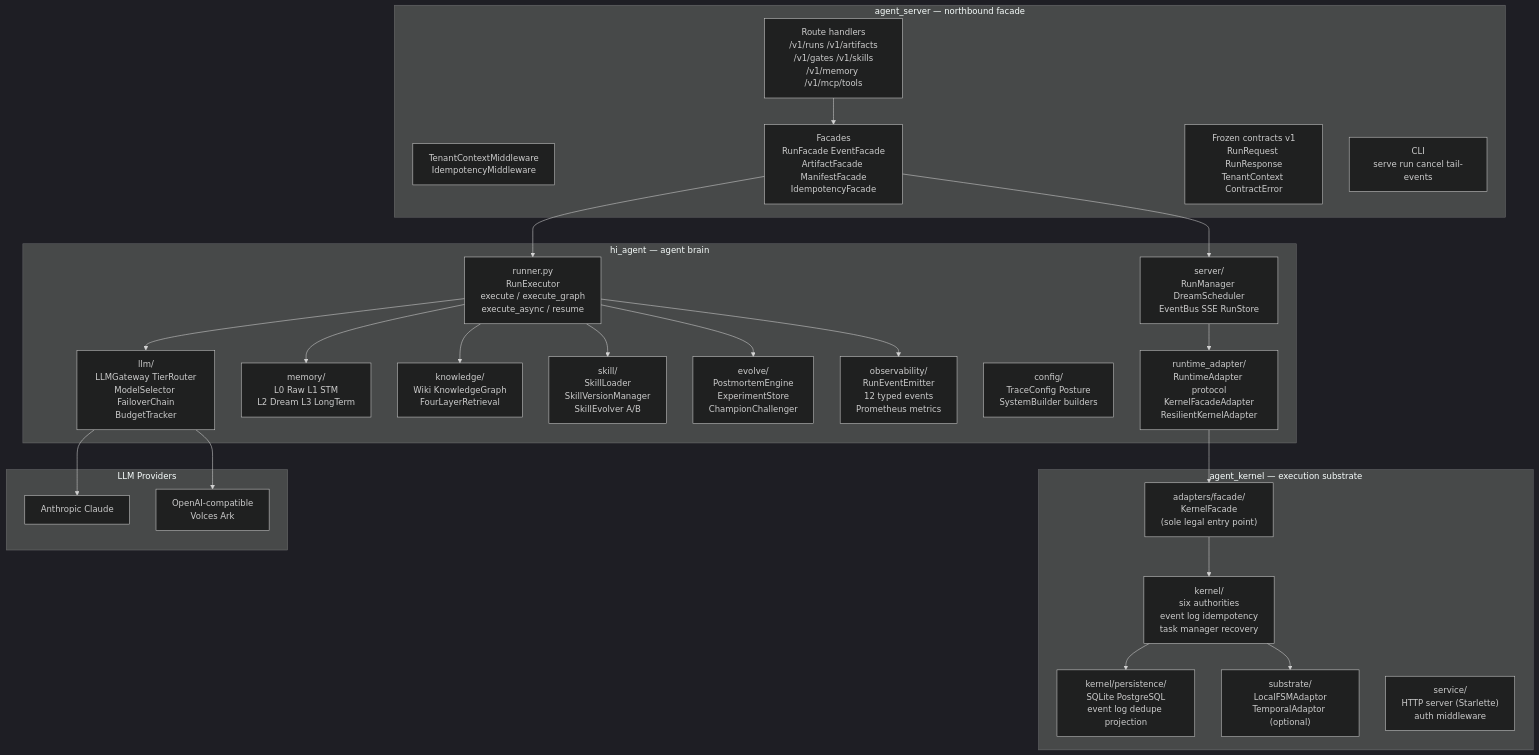
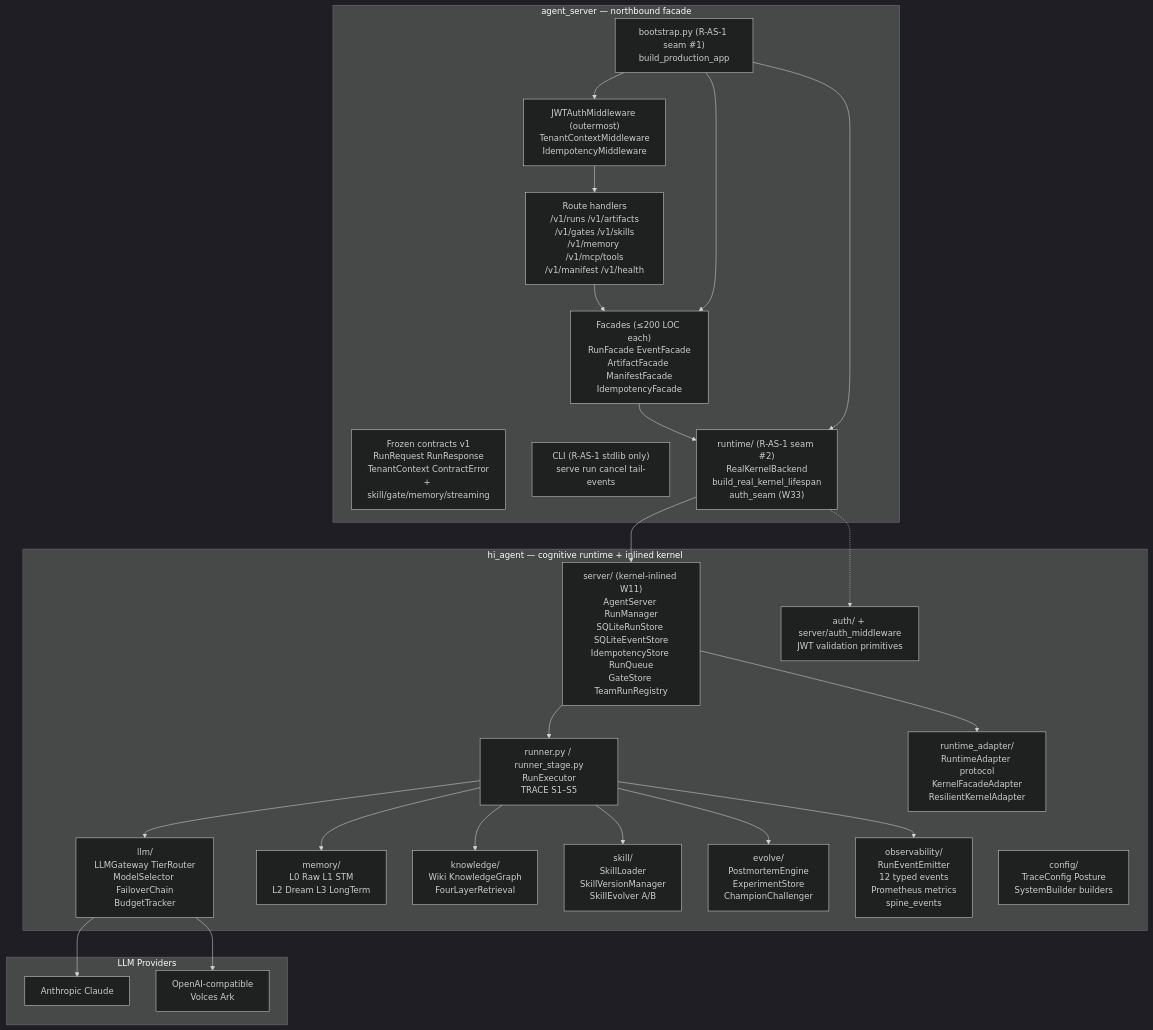
Before and after one commit to chaosxingxc-orion/hi-agent: the second of 4 diagrams in ARCHITECTURE.md, drawn with Mermaid (dark theme). The commit also changed other lines of this file and 6 other files, not shown here.

````diff
--- a/ARCHITECTURE.md
+++ b/ARCHITECTURE.md
@@ -90,53 +102,50 @@
 ```mermaid
 flowchart TB
     subgraph agent_server["agent_server — northbound facade"]
-        MW["TenantContextMiddleware\nIdempotencyMiddleware"]
-        RT["Route handlers\n/v1/runs /v1/artifacts\n/v1/gates /v1/skills\n/v1/memory /v1/mcp/tools"]
-        FA["Facades\nRunFacade EventFacade\nArtifactFacade ManifestFacade\nIdempotencyFacade"]
-        CO["Frozen contracts v1\nRunRequest RunResponse\nTenantContext ContractError"]
-        CLI2["CLI\nserve run cancel tail-events"]
+        MW["JWTAuthMiddleware (outermost)<br/>TenantContextMiddleware<br/>IdempotencyMiddleware"]
+        RT["Route handlers<br/>/v1/runs /v1/artifacts<br/>/v1/gates /v1/skills<br/>/v1/memory /v1/mcp/tools<br/>/v1/manifest /v1/health"]
+        FA["Facades (≤200 LOC each)<br/>RunFacade EventFacade<br/>ArtifactFacade ManifestFacade<br/>IdempotencyFacade"]
+        CO["Frozen contracts v1<br/>RunRequest RunResponse<br/>TenantContext ContractError<br/>+ skill/gate/memory/streaming"]
+        CLI2["CLI (R-AS-1 stdlib only)<br/>serve run cancel tail-events"]
+        BS["bootstrap.py (R-AS-1 seam #1)<br/>build_production_app"]
+        RTM["runtime/ (R-AS-1 seam #2)<br/>RealKernelBackend<br/>build_real_kernel_lifespan<br/>auth_seam (W33)"]
     end
 
-    subgraph hi_agent["hi_agent — agent brain"]
-        RUN["runner.py\nRunExecutor\nexecute / execute_graph\nexecute_async / resume"]
-        LLM2["llm/\nLLMGateway TierRouter\nModelSelector FailoverChain\nBudgetTracker"]
-        MEM["memory/\nL0 Raw L1 STM\nL2 Dream L3 LongTerm"]
-        KNW["knowledge/\nWiki KnowledgeGraph\nFourLayerRetrieval"]
-        SKL["skill/\nSkillLoader\nSkillVersionManager\nSkillEvolver A/B"]
-        EVO["evolve/\nPostmortemEngine\nExperimentStore\nChampionChallenger"]
-        OBS["observability/\nRunEventEmitter\n12 typed events\nPrometheus metrics"]
-        CFG["config/\nTraceConfig Posture\nSystemBuilder builders"]
-        SRV["server/\nRunManager DreamScheduler\nEventBus SSE RunStore"]
-        RTA["runtime_adapter/\nRuntimeAdapter protocol\nKernelFacadeAdapter\nResilientKernelAdapter"]
-    end
-
-    subgraph agent_kernel["agent_kernel — execution substrate"]
-        KF["adapters/facade/\nKernelFacade\n(sole legal entry point)"]
-        KRN["kernel/\nsix authorities\nevent log idempotency\ntask manager recovery"]
-        PER["kernel/persistence/\nSQLite PostgreSQL\nevent log dedupe projection"]
-        SUB["substrate/\nLocalFSMAdaptor\nTemporalAdaptor (optional)"]
-        SVC["service/\nHTTP server (Starlette)\nauth middleware"]
+    subgraph hi_agent["hi_agent — cognitive runtime + inlined kernel"]
+        RUN["runner.py / runner_stage.py<br/>RunExecutor<br/>TRACE S1–S5"]
+        LLM2["llm/<br/>LLMGateway TierRouter<br/>ModelSelector FailoverChain<br/>BudgetTracker"]
+        MEM["memory/<br/>L0 Raw L1 STM<br/>L2 Dream L3 LongTerm"]
+        KNW["knowledge/<br/>Wiki KnowledgeGraph<br/>FourLayerRetrieval"]
+        SKL["skill/<br/>SkillLoader<br/>SkillVersionManager<br/>SkillEvolver A/B"]
+        EVO["evolve/<br/>PostmortemEngine<br/>ExperimentStore<br/>ChampionChallenger"]
+        OBS["observability/<br/>RunEventEmitter<br/>12 typed events<br/>Prometheus metrics<br/>spine_events"]
+        CFG["config/<br/>TraceConfig Posture<br/>SystemBuilder builders"]
+        SRV["server/ (kernel-inlined W11)<br/>AgentServer RunManager<br/>SQLiteRunStore SQLiteEventStore<br/>IdempotencyStore RunQueue<br/>GateStore TeamRunRegistry"]
+        AUTH["auth/ + server/auth_middleware<br/>JWT validation primitives"]
+        RTA["runtime_adapter/<br/>RuntimeAdapter protocol<br/>KernelFacadeAdapter<br/>ResilientKernelAdapter"]
     end
 
     subgraph providers["LLM Providers"]
         ANT["Anthropic Claude"]
-        OAI["OpenAI-compatible\nVolces Ark"]
+        OAI["OpenAI-compatible<br/>Volces Ark"]
     end
 
+    MW --> RT
     RT --> FA
-    FA --> RUN
-    FA --> SRV
+    FA --> RTM
+    BS --> MW
+    BS --> FA
+    BS --> RTM
+    RTM --> SRV
+    SRV --> RUN
     RUN --> LLM2
     RUN --> MEM
     RUN --> KNW
     RUN --> SKL
     RUN --> EVO
     RUN --> OBS
+    RTM -.-> AUTH
     SRV --> RTA
-    RTA --> KF
-    KF --> KRN
-    KRN --> PER
-    KRN --> SUB
     LLM2 --> ANT
     LLM2 --> OAI
 ```
````
